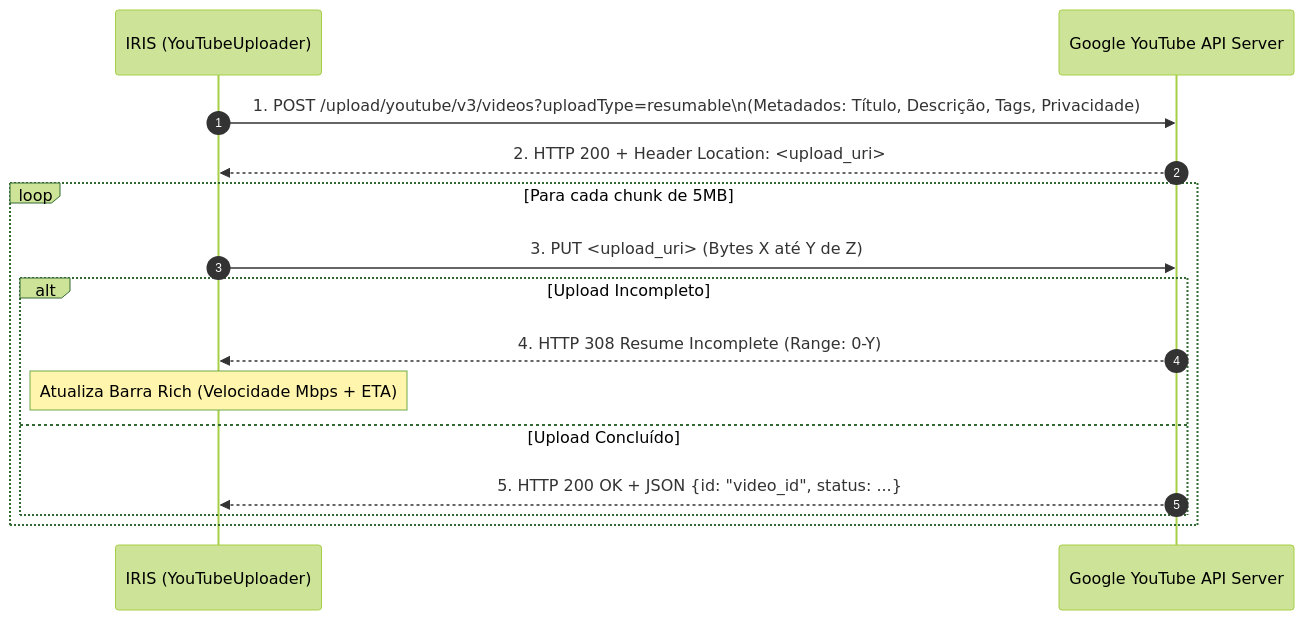
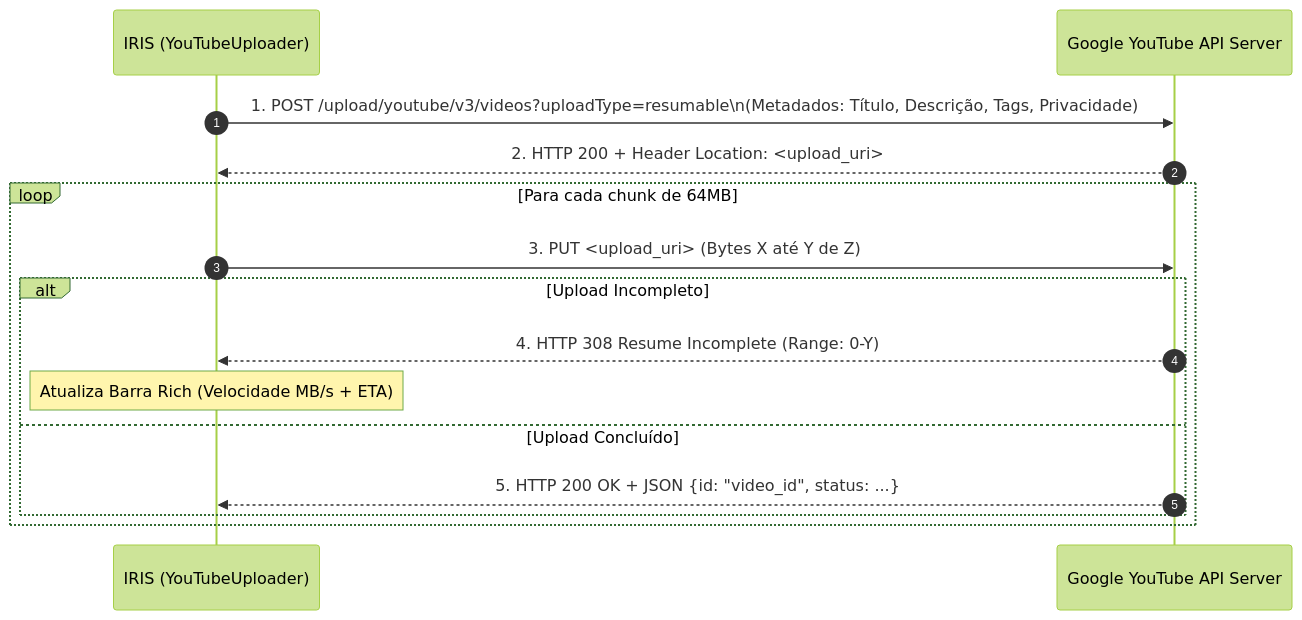
Before and after one commit to felipeph/IRIS: the diagram in docs/modulos/08-youtube.md, drawn with Mermaid (forest theme). The commit also changed other lines of this file and 10 other files, not shown here.

````diff
--- a/docs/modulos/08-youtube.md
+++ b/docs/modulos/08-youtube.md
@@ -22,19 +22,19 @@
 ```mermaid
 sequenceDiagram
     autonumber
     participant IRIS as IRIS (YouTubeUploader)
     participant GOOGLE as Google YouTube API Server
 
     IRIS->>GOOGLE: 1. POST /upload/youtube/v3/videos?uploadType=resumable\n(Metadados: Título, Descrição, Tags, Privacidade)
     GOOGLE-->>IRIS: 2. HTTP 200 + Header Location: <upload_uri>
     
-    loop Para cada chunk de 5MB
+    loop Para cada chunk de 64MB
         IRIS->>GOOGLE: 3. PUT <upload_uri> (Bytes X até Y de Z)
         alt Upload Incompleto
             GOOGLE-->>IRIS: 4. HTTP 308 Resume Incomplete (Range: 0-Y)
-            Note over IRIS: Atualiza Barra Rich (Velocidade Mbps + ETA)
+            Note over IRIS: Atualiza Barra Rich (Velocidade MB/s + ETA)
         else Upload Concluído
             GOOGLE-->>IRIS: 5. HTTP 200 OK + JSON {id: "video_id", status: ...}
         end
     end
 ```
````
